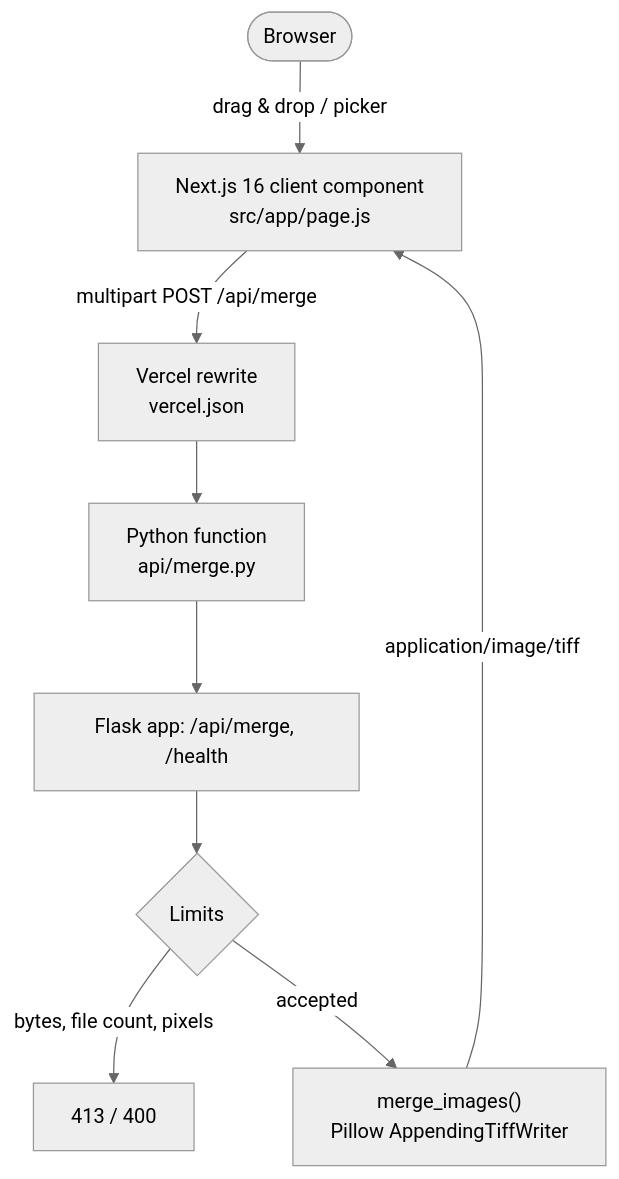
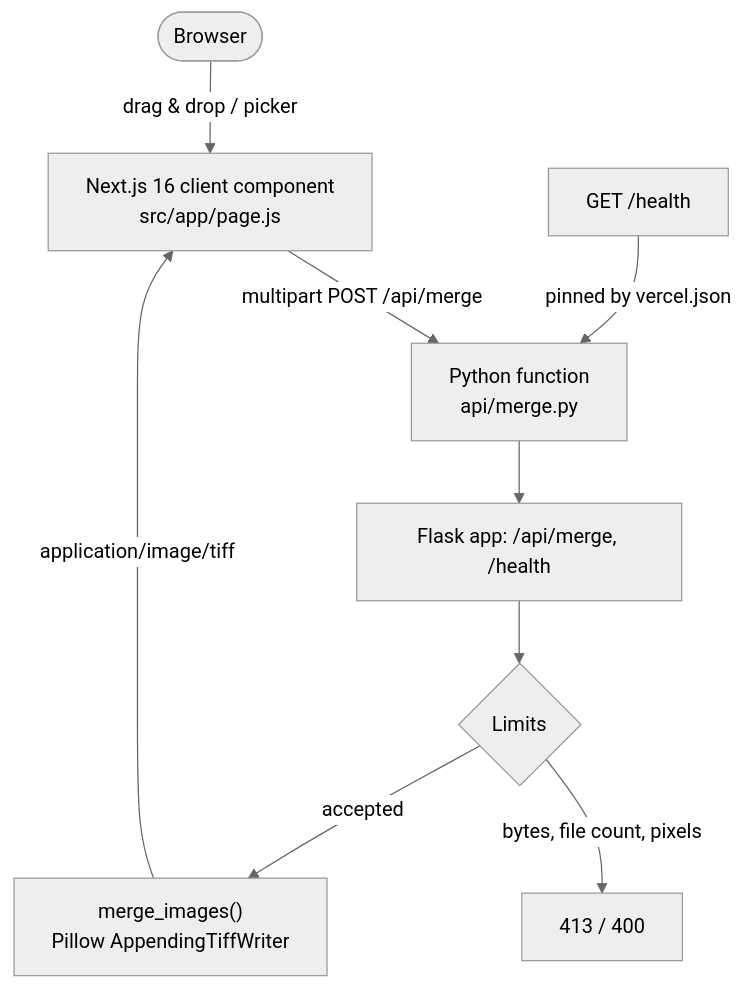
Before and after one commit to Shreyansh2203/Merge-TIFF: the diagram in README.md, drawn with Mermaid (neutral theme). The commit also changed other lines of this file and 1 other file, not shown here.

First line of the commit message:
docs: add CONTRIBUTING and correct the architecture section

````diff
--- a/README.md
+++ b/README.md
@@ -23,11 +23,11 @@
 ```mermaid
 flowchart TD
     User([Browser]) -->|drag &amp; drop / picker| UI["Next.js 16 client component\nsrc/app/page.js"]
-    UI -->|multipart POST /api/merge| Proxy["Vercel rewrite\nvercel.json"]
-    Proxy --> Fn["Python function\napi/merge.py"]
+    UI -->|multipart POST /api/merge| Fn["Python function\napi/merge.py"]
     Fn --> Flask[Flask app: /api/merge, /health]
     Flask --> Guard{Limits}
     Guard -->|bytes, file count, pixels| Reject["413 / 400"]
     Guard -->|accepted| Merge["merge_images()\nPillow AppendingTiffWriter"]
     Merge -->|application/image/tiff| UI
+    Health["GET /health"] -->|pinned by vercel.json| Fn
 ```
````
